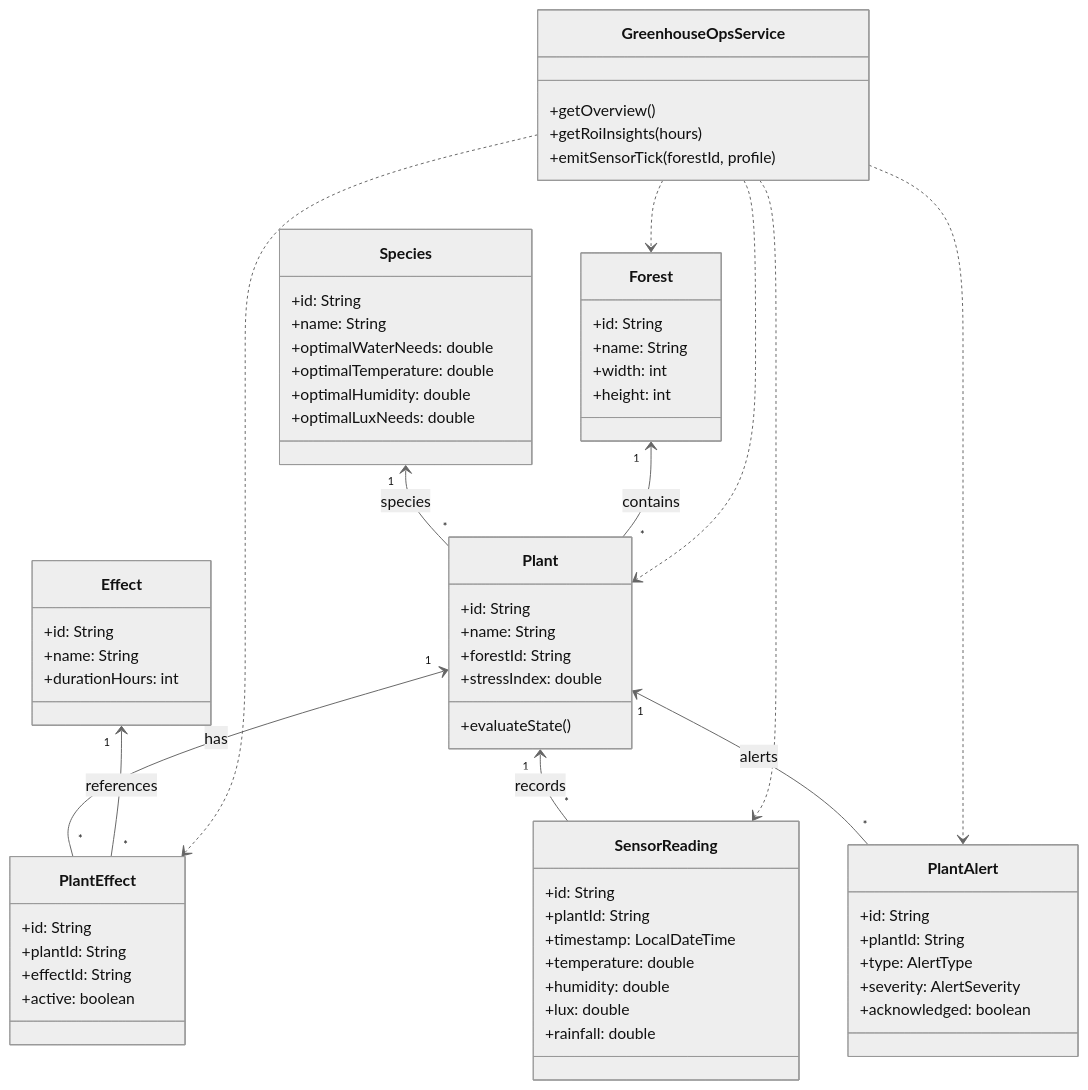
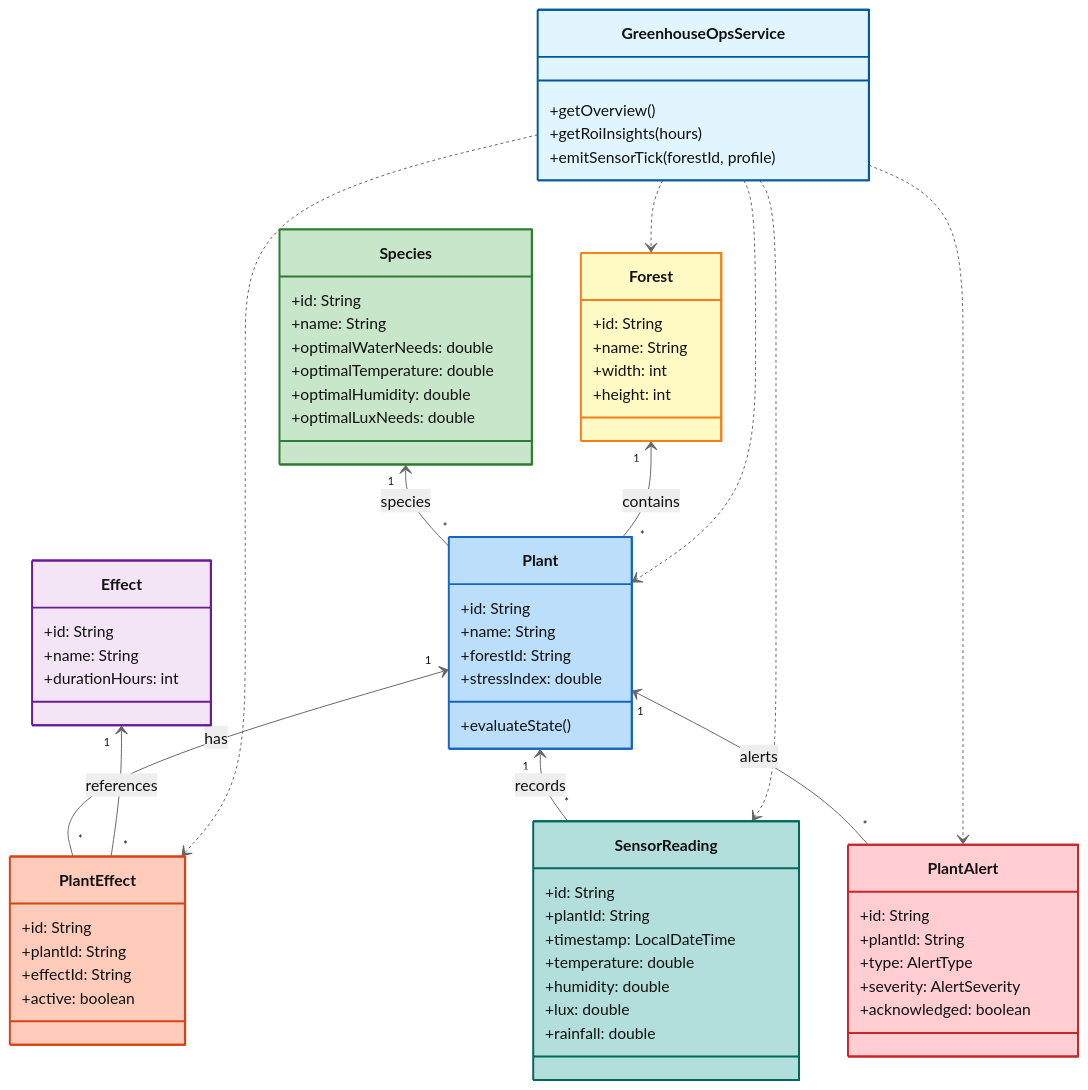
Before and after one commit to fasai444/GreenDesk: the second of 2 diagrams in docs/architecture.md, drawn with Mermaid (neutral theme). The commit also changed other lines of this file and 6 other files, not shown here.

````diff
--- a/docs/architecture.md
+++ b/docs/architecture.md
@@ -27,75 +41,84 @@
 ```mermaid
 classDiagram
-		class Species {
-			+id: String
-			+name: String
-			+optimalWaterNeeds: double
-			+optimalTemperature: double
-			+optimalHumidity: double
-			+optimalLuxNeeds: double
-		}
+    class Species {
+        +id: String
+        +name: String
+        +optimalWaterNeeds: double
+        +optimalTemperature: double
+        +optimalHumidity: double
+        +optimalLuxNeeds: double
+    }
 
-		class Plant {
-			+id: String
-			+name: String
-			+forestId: String
-			+stressIndex: double
-			+evaluateState()
-		}
+    class Plant {
+        +id: String
+        +name: String
+        +forestId: String
+        +stressIndex: double
+        +evaluateState()
+    }
 
-		class Forest {
-			+id: String
-			+name: String
-			+width: int
-			+height: int
-		}
+    class Forest {
+        +id: String
+        +name: String
+        +width: int
+        +height: int
+    }
 
-		class Effect {
-			+id: String
-			+name: String
-			+durationHours: int
-		}
+    class Effect {
+        +id: String
+        +name: String
+        +durationHours: int
+    }
 
-		class PlantEffect {
-			+id: String
-			+plantId: String
-			+effectId: String
-			+active: boolean
-		}
+    class PlantEffect {
+        +id: String
+        +plantId: String
+        +effectId: String
+        +active: boolean
+    }
 
-		class SensorReading {
-			+id: String
-			+plantId: String
-			+timestamp: LocalDateTime
-			+temperature: double
-			+humidity: double
-			+lux: double
-			+rainfall: double
-		}
+    class SensorReading {
+        +id: String
+        +plantId: String
+        +timestamp: LocalDateTime
+        +temperature: double
+        +humidity: double
+        +lux: double
+        +rainfall: double
+    }
 
-		class PlantAlert {
-			+id: String
-			+plantId: String
-			+type: AlertType
-			+severity: AlertSeverity
-			+acknowledged: boolean
-		}
+    class PlantAlert {
+        +id: String
+        +plantId: String
+        +type: AlertType
+        +severity: AlertSeverity
+        +acknowledged: boolean
+    }
 
-		class GreenhouseOpsService {
-			+getOverview()
-			+getRoiInsights(hours)
-			+emitSensorTick(forestId, profile)
-		}
+    class GreenhouseOpsService {
+        +getOverview()
+        +getRoiInsights(hours)
+        +emitSensorTick(forestId, profile)
+    }
 
-		Species "1" <-- "*" Plant : species
-		Forest "1" <-- "*" Plant : contains
-		Plant "1" <-- "*" PlantEffect : has
-		Effect "1" <-- "*" PlantEffect : references
-		Plant "1" <-- "*" SensorReading : records
-		Plant "1" <-- "*" PlantAlert : alerts
-		GreenhouseOpsService ..> Plant
-		GreenhouseOpsService ..> Forest
-		GreenhouseOpsService ..> SensorReading
-		GreenhouseOpsService ..> PlantAlert
-		GreenhouseOpsService ..> PlantEffect
+    Species "1" <-- "*" Plant : species
+    Forest "1" <-- "*" Plant : contains
+    Plant "1" <-- "*" PlantEffect : has
+    Effect "1" <-- "*" PlantEffect : references
+    Plant "1" <-- "*" SensorReading : records
+    Plant "1" <-- "*" PlantAlert : alerts
+    GreenhouseOpsService ..> Plant
+    GreenhouseOpsService ..> Forest
+    GreenhouseOpsService ..> SensorReading
+    GreenhouseOpsService ..> PlantAlert
+    GreenhouseOpsService ..> PlantEffect
+    
+    style Species fill:#c8e6c9,stroke:#2e7d32,stroke-width:2px
+    style Plant fill:#bbdefb,stroke:#1565c0,stroke-width:2px
+    style Forest fill:#fff9c4,stroke:#f57f17,stroke-width:2px
+    style Effect fill:#f3e5f5,stroke:#6a1b9a,stroke-width:2px
+    style PlantEffect fill:#ffccbc,stroke:#d84315,stroke-width:2px
+    style SensorReading fill:#b2dfdb,stroke:#00695c,stroke-width:2px
+    style PlantAlert fill:#ffcdd2,stroke:#c62828,stroke-width:2px
+    style GreenhouseOpsService fill:#e1f5ff,stroke:#01579b,stroke-width:2px
 ```
````
